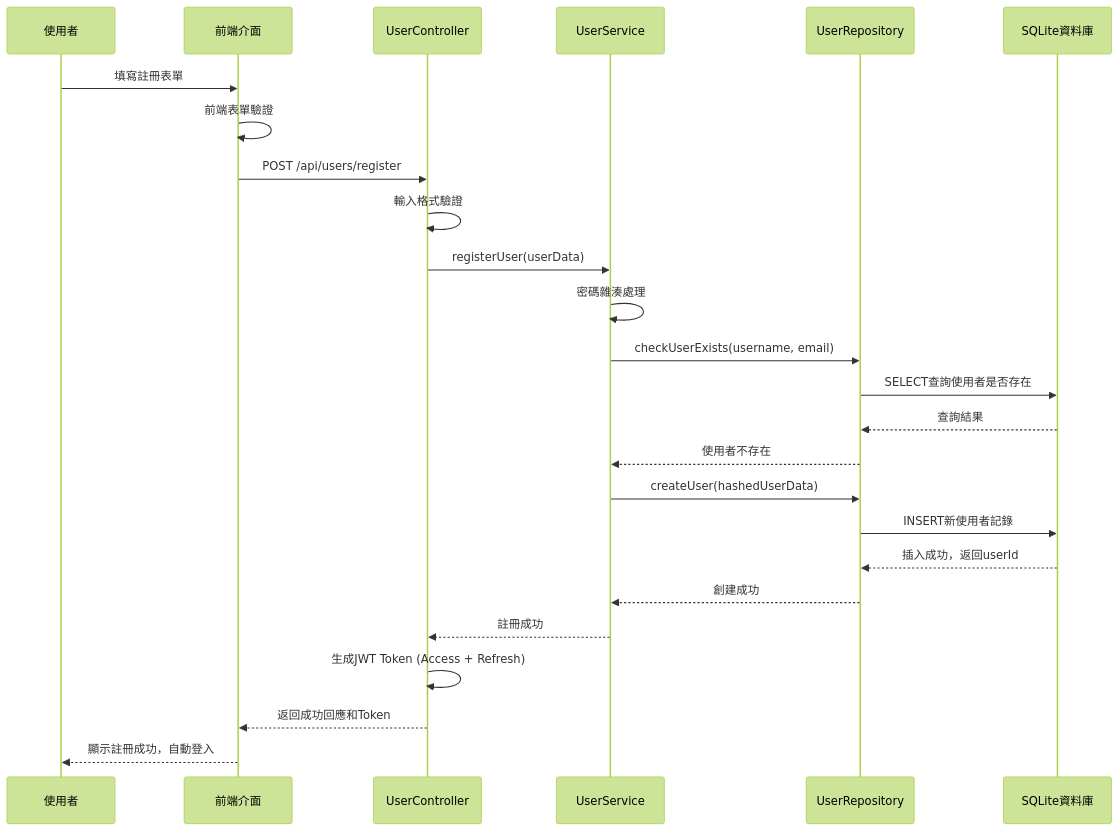
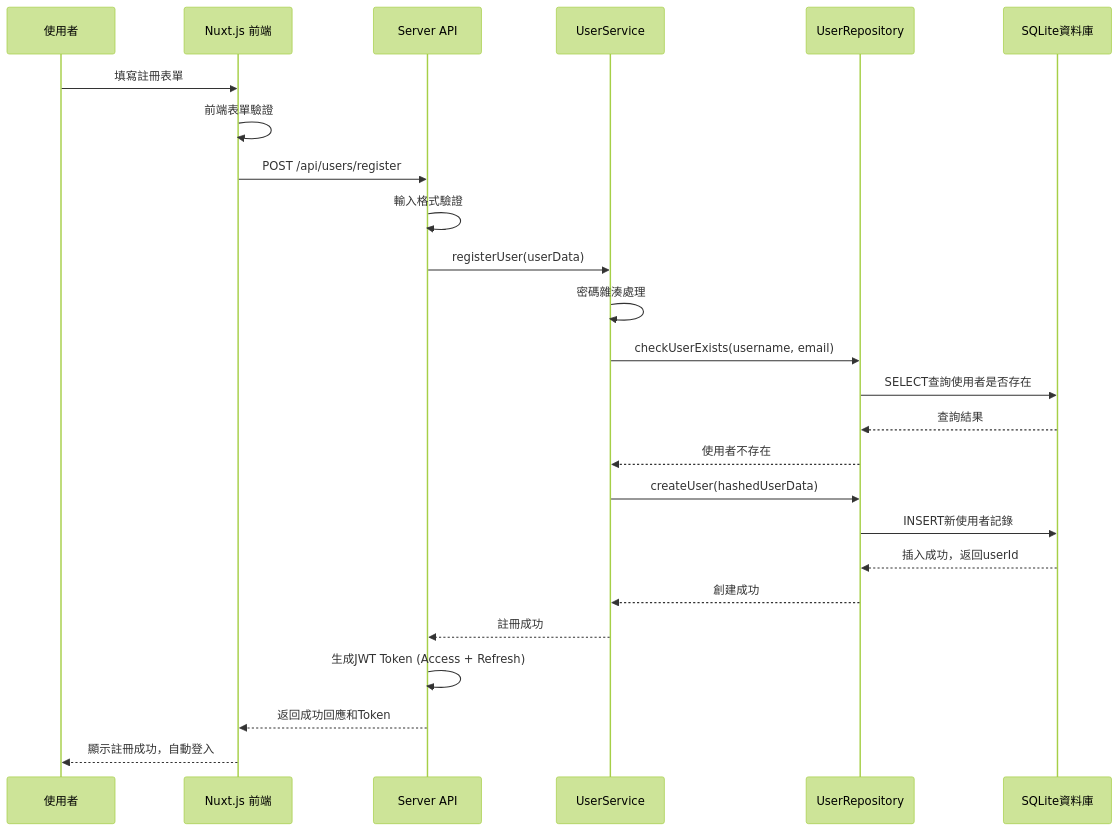
Before and after one commit to ayugioh2003/ooad-ai: the first of 8 diagrams in aotter-wow-system/docs/sequence-diagram.md, drawn with Mermaid (forest theme). The commit also changed other lines of this file and 3 other files, not shown here.

First line of the commit message:
Refactor architecture documentation to reflect Nuxt.js integration and update class and sequence diagrams for API handlers

````diff
--- a/aotter-wow-system/docs/sequence-diagram.md
+++ b/aotter-wow-system/docs/sequence-diagram.md
@@ -11,28 +11,28 @@
 ```mermaid
 sequenceDiagram
     participant User as 使用者
-    participant UI as 前端介面
-    participant UC as UserController
+    participant UI as Nuxt.js 前端
+    participant API as Server API
     participant US as UserService
     participant UR as UserRepository
     participant DB as SQLite資料庫
 
     User->>UI: 填寫註冊表單
     UI->>UI: 前端表單驗證
-    UI->>UC: POST /api/users/register
-    UC->>UC: 輸入格式驗證
-    UC->>US: registerUser(userData)
+    UI->>API: POST /api/users/register
+    API->>API: 輸入格式驗證
+    API->>US: registerUser(userData)
     US->>US: 密碼雜湊處理
     US->>UR: checkUserExists(username, email)
     UR->>DB: SELECT查詢使用者是否存在
     DB-->>UR: 查詢結果
     UR-->>US: 使用者不存在
     US->>UR: createUser(hashedUserData)
     UR->>DB: INSERT新使用者記錄
     DB-->>UR: 插入成功，返回userId
     UR-->>US: 創建成功
-    US-->>UC: 註冊成功
-    UC->>UC: 生成JWT Token (Access + Refresh)
-    UC-->>UI: 返回成功回應和Token
+    US-->>API: 註冊成功
+    API->>API: 生成JWT Token (Access + Refresh)
+    API-->>UI: 返回成功回應和Token
     UI-->>User: 顯示註冊成功，自動登入
 ```
````
